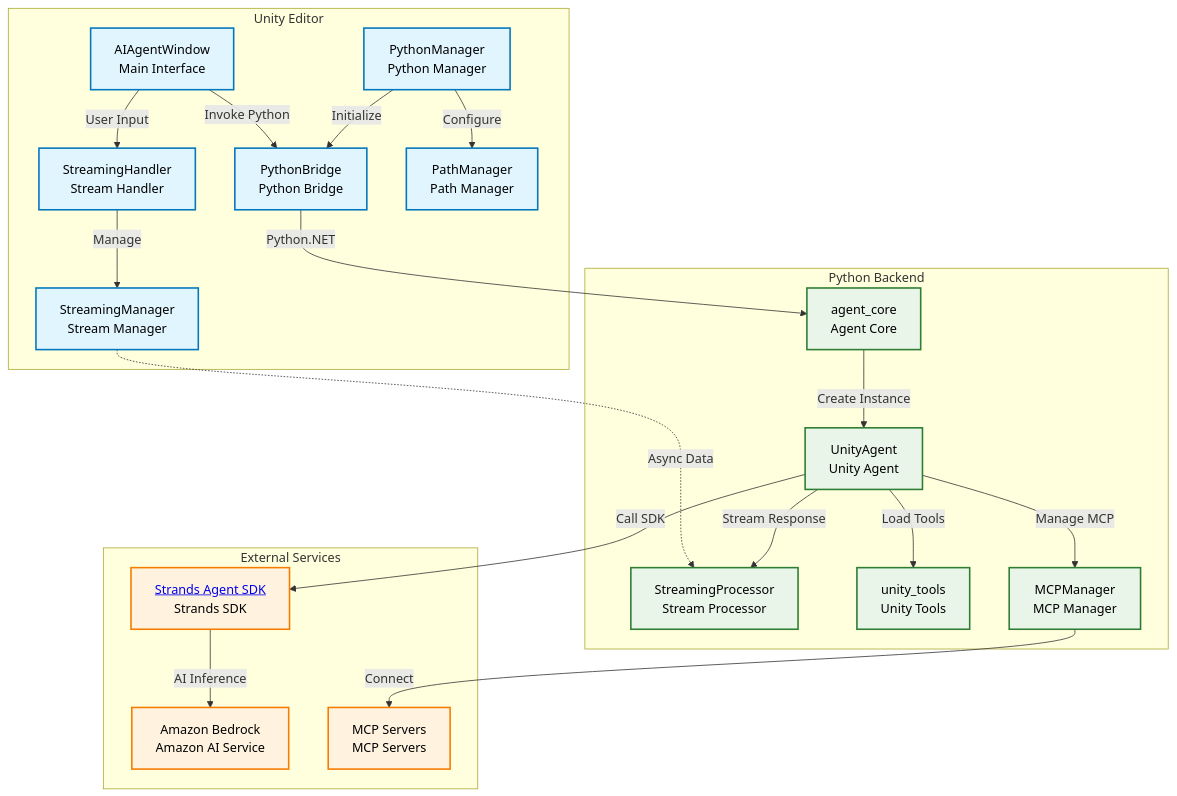
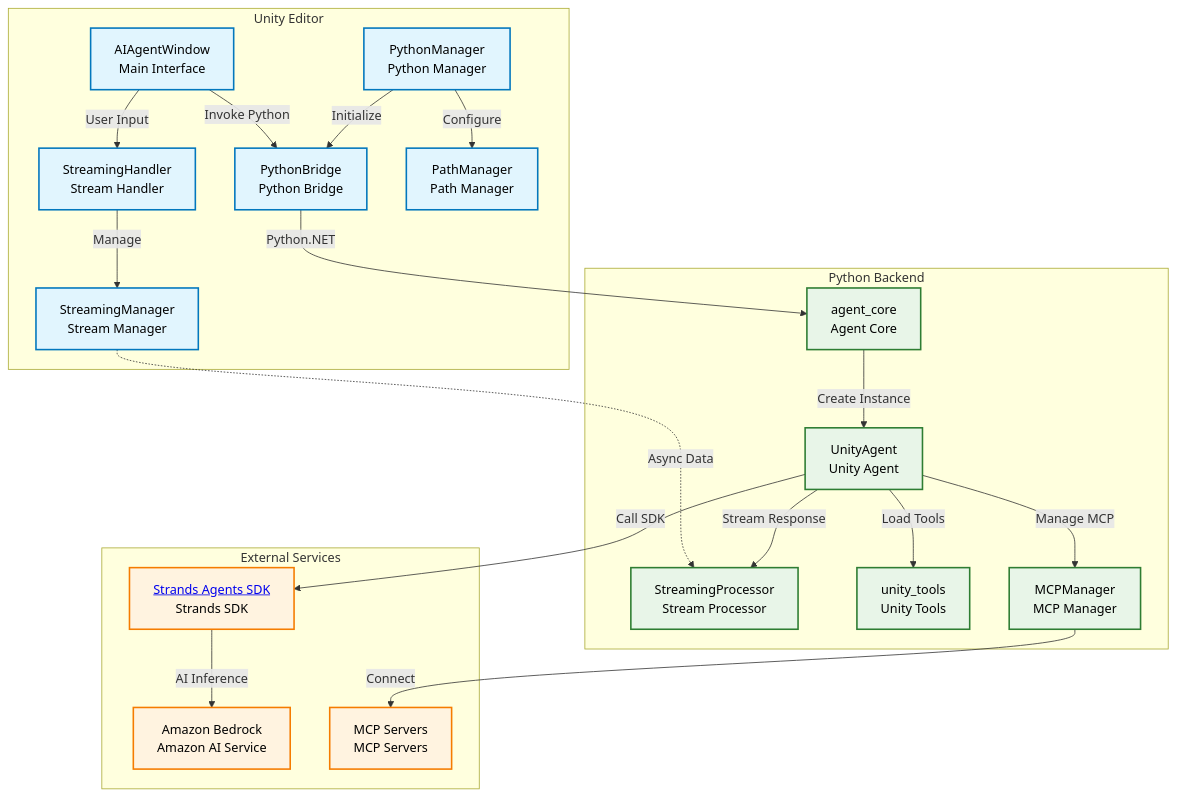
One commit to ddpie/unity-strands-agent changed the second of 2 diagrams in README.md. Above: the diagram before and after it, drawn with Mermaid. The commit also changed other lines of this file, not shown here.

First line of the commit message:
update Strands Agent SDK to Strands Agents SDK throughout README

````diff
--- a/README.md
+++ b/README.md
@@ -178,48 +178,48 @@
 ```mermaid
 graph TD
     subgraph "Unity Editor"
         UI[AIAgentWindow<br/>Main Interface]
         SH[StreamingHandler<br/>Stream Handler]
         SM[StreamingManager<br/>Stream Manager]
         PB[PythonBridge<br/>Python Bridge]
         PM[PythonManager<br/>Python Manager]
         PATH[PathManager<br/>Path Manager]
     end
     
     subgraph "Python Backend"
         AC[agent_core<br/>Agent Core]
         UA[UnityAgent<br/>Unity Agent]
         SP[StreamingProcessor<br/>Stream Processor]
         UT[unity_tools<br/>Unity Tools]
         MM[MCPManager<br/>MCP Manager]
     end
     
     subgraph "External Services"
-        SDK[<a href="https://strandsagents.com/latest/">Strands Agent SDK</a><br/>Strands SDK]
+        SDK[<a href="https://strandsagents.com/latest/">Strands Agents SDK</a><br/>Strands SDK]
         AWS[Amazon Bedrock<br/>Amazon AI Service]
         MCP[MCP Servers<br/>MCP Servers]
     end
     
     UI -->|User Input| SH
     UI -->|Invoke Python| PB
     SH -->|Manage| SM
     SM -.->|Async Data| SP
     PM -->|Initialize| PB
     PM -->|Configure| PATH
     PB -->|Python.NET| AC
     AC -->|Create Instance| UA
     UA -->|Stream Response| SP
     UA -->|Load Tools| UT
     UA -->|Manage MCP| MM
     UA -->|Call SDK| SDK
     SDK -->|AI Inference| AWS
     MM -->|Connect| MCP
     
     classDef unityStyle fill:#e1f5fe,stroke:#0277bd,stroke-width:2px,color:#000
     classDef pythonStyle fill:#e8f5e8,stroke:#2e7d32,stroke-width:2px,color:#000
     classDef externalStyle fill:#fff3e0,stroke:#f57c00,stroke-width:2px,color:#000
     
     class UI,SH,SM,PB,PM,PATH unityStyle
     class AC,UA,SP,UT,MM pythonStyle
     class SDK,AWS,MCP externalStyle
 ```
````
